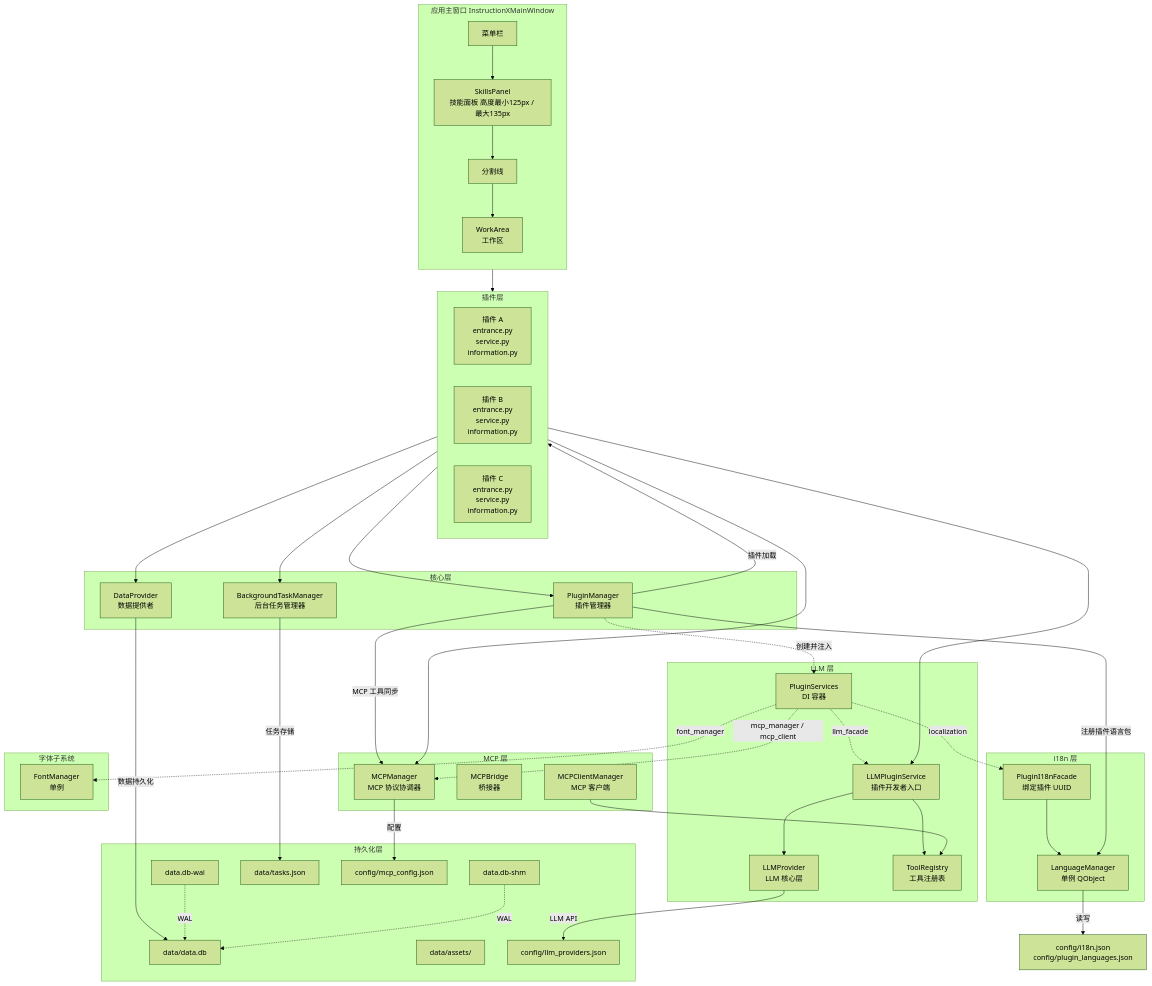
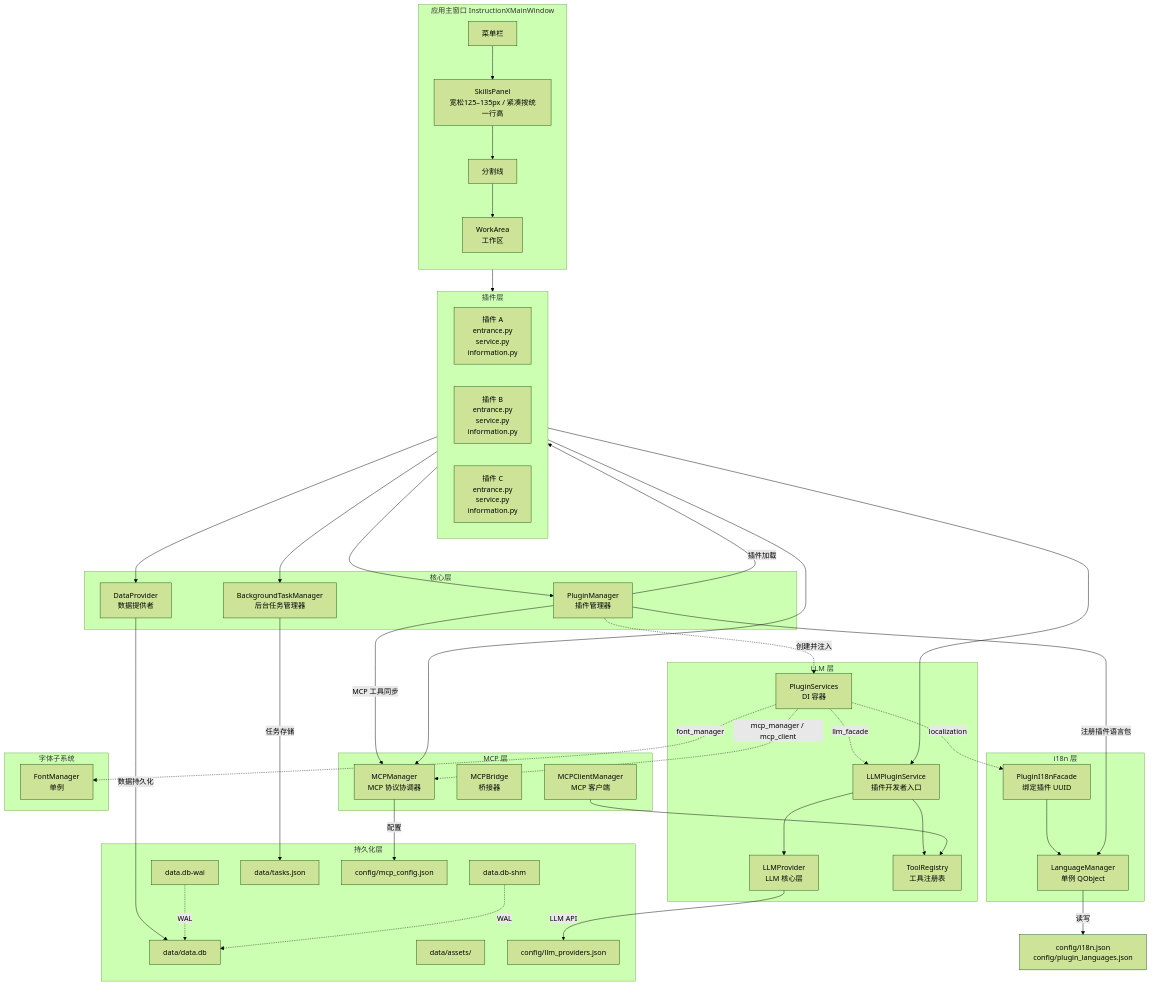
One commit to KKPIP-Tech/InstructionX changed the first of 4 diagrams in docs/architecture/overview.md. Above: the diagram before and after it, drawn with Mermaid (forest theme). The commit also changed other lines of this file and 17 other files, not shown here.

````diff
--- a/docs/architecture/overview.md
+++ b/docs/architecture/overview.md
@@ -24,79 +24,79 @@
 ```mermaid
 graph TB
     subgraph MainWindow ["应用主窗口 InstructionXMainWindow"]
         direction TB
-        Menu[菜单栏] --> SP[SkillsPanel<br/>技能面板 高度最小125px / 最大135px]
+        Menu[菜单栏] --> SP[SkillsPanel<br/>宽松125–135px / 紧凑按统一行高]
         SP --> Divider[分割线]
         Divider --> WA[WorkArea<br/>工作区]
     end
 
     subgraph Plugins ["插件层"]
         PA[插件 A<br/>entrance.py<br/>service.py<br/>information.py]
         PB[插件 B<br/>entrance.py<br/>service.py<br/>information.py]
         PC[插件 C<br/>entrance.py<br/>service.py<br/>information.py]
     end
 
     subgraph Core ["核心层"]
         PM[PluginManager<br/>插件管理器]
         DP[DataProvider<br/>数据提供者]
         BTM[BackgroundTaskManager<br/>后台任务管理器]
     end
 
     subgraph MCP ["MCP 层"]
         MCPM[MCPManager<br/>MCP 协议协调器]
         MCPB[MCPBridge<br/>桥接器]
         MCPC[MCPClientManager<br/>MCP 客户端]
     end
 
     subgraph LLM ["LLM 层"]
         LLMS[LLMPluginService<br/>插件开发者入口]
         LLMP[LLMProvider<br/>LLM 核心层]
         PS[PluginServices<br/>DI 容器]
         TR[ToolRegistry<br/>工具注册表]
     end
 
     subgraph I18N ["i18n 层"]
         LMM[LanguageManager<br/>单例 QObject]
         PIF[PluginI18nFacade<br/>绑定插件 UUID]
     end
 
     subgraph Font ["字体子系统"]
         FM[FontManager<br/>单例]
     end
 
     subgraph Storage ["持久化层"]
         DB[data/data.db]
         DBWAL[data.db-wal]
         DBSHM[data.db-shm]
         TasksJSON[data/tasks.json]
         Assets[data/assets/]
         LLMConfig[config/llm_providers.json]
         MCPConfig[config/mcp_config.json]
     end
 
     MainWindow --> Plugins
     Plugins --> PM
     Plugins --> DP
     Plugins --> BTM
     Plugins --> LLMS
     Plugins --> MCPM
     PM -.->|创建并注入| PS
     PS -.->|llm_facade| LLMS
     PS -.->|mcp_manager / mcp_client| MCPM
     PS -.->|localization| PIF
     PIF --> LMM
     PS -.->|font_manager| FM
     LLMS --> LLMP
     LLMS --> TR
     MCPC --> TR
     LLMP -->|LLM API| LLMConfig
     PM -->|插件加载| Plugins
     PM -->|MCP 工具同步| MCPM
     PM -->|注册插件语言包| LMM
     DP -->|数据持久化| DB
     DBWAL -.->|WAL| DB
     DBSHM -.->|WAL| DB
     BTM -->|任务存储| TasksJSON
     MCPM -->|配置| MCPConfig
     LMM -->|读写| I18NCfg[config/i18n.json<br/>config/plugin_languages.json]
 ```
````
